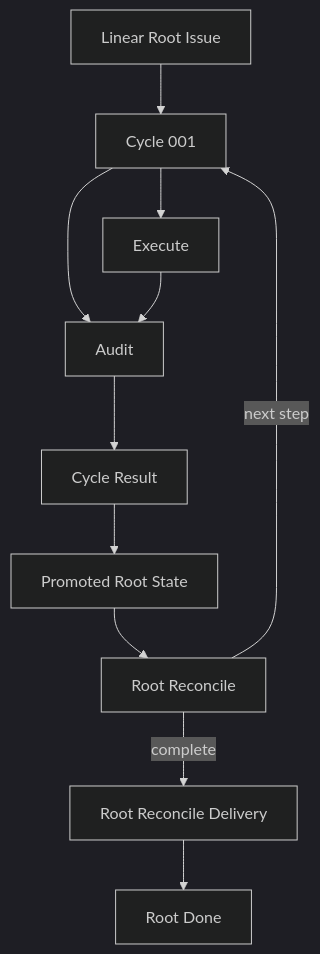
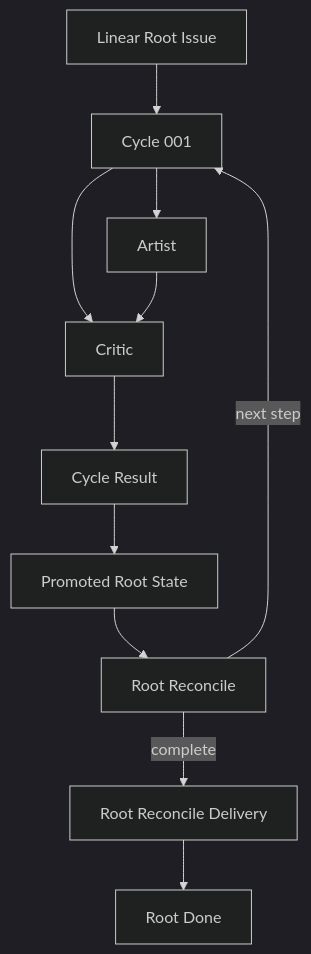
The diagram in docs/architecture/workflow-model.md (hallucination-studio/symphony), drawn with Mermaid (dark theme) before and after one commit. The commit also changed other lines of this file and 64 other files, not shown here.

Commit message:
refactor: rename cycle roles to artist and critic

````diff
--- a/docs/architecture/workflow-model.md
+++ b/docs/architecture/workflow-model.md
@@ -157,14 +157,14 @@
 ```mermaid
 %% source-rules: WF-TOPO-001 WF-TOPO-002 WF-TOPO-003 WF-AUTH-008
 flowchart TD
   Root[Linear Root Issue] --> Cycle[Cycle 001]
-  Cycle --> Execute[Execute]
-  Cycle --> Audit[Audit]
-  Execute --> Audit
-  Audit --> Result[Cycle Result]
+  Cycle --> Artist[Artist]
+  Cycle --> Critic[Critic]
+  Artist --> Critic
+  Critic --> Result[Cycle Result]
   Result --> State[Promoted Root State]
   State --> Reconcile[Root Reconcile]
   Reconcile -->|next step| Cycle
   Reconcile -->|complete| Delivery[Root Reconcile Delivery]
   Delivery --> Done[Root Done]
 ```
````
